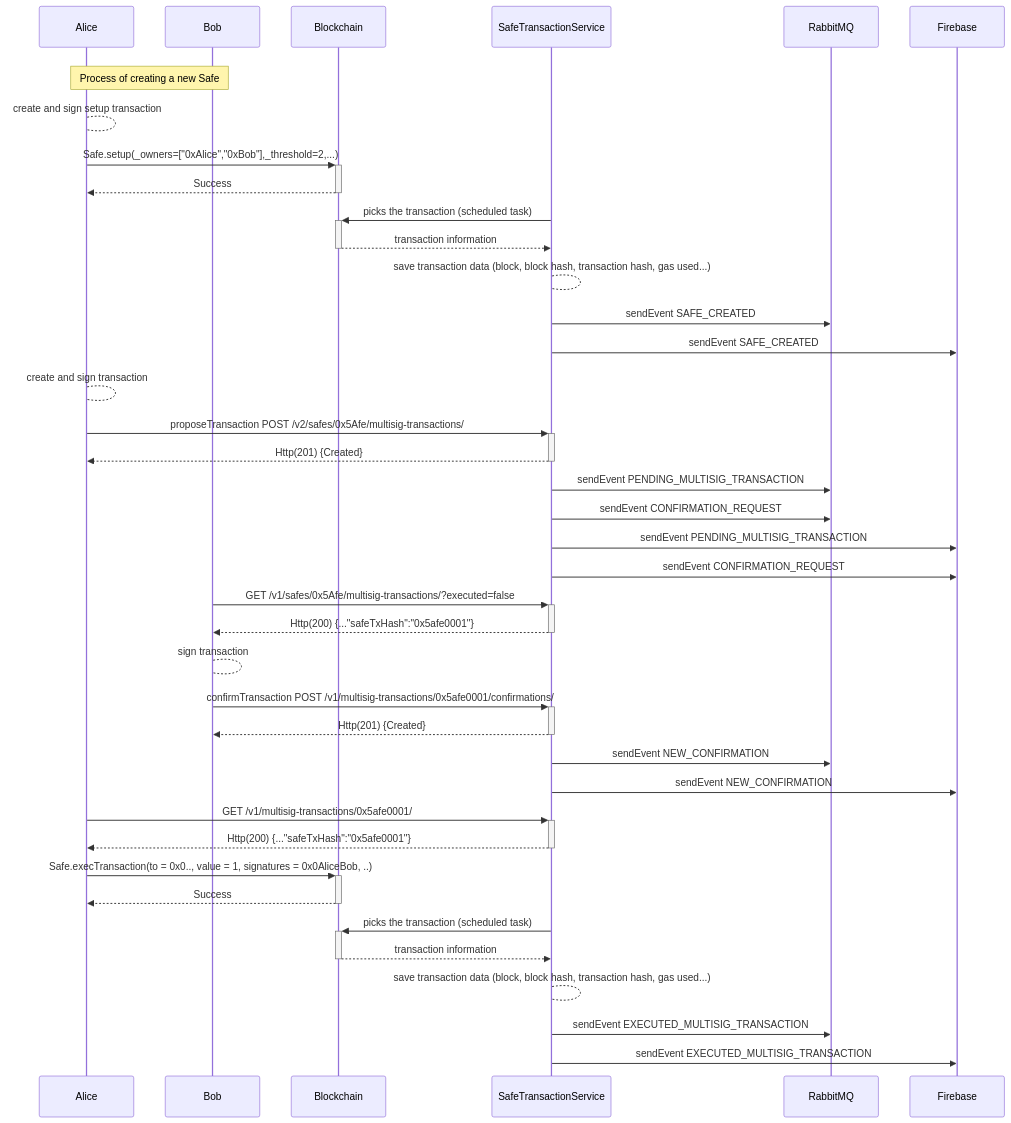
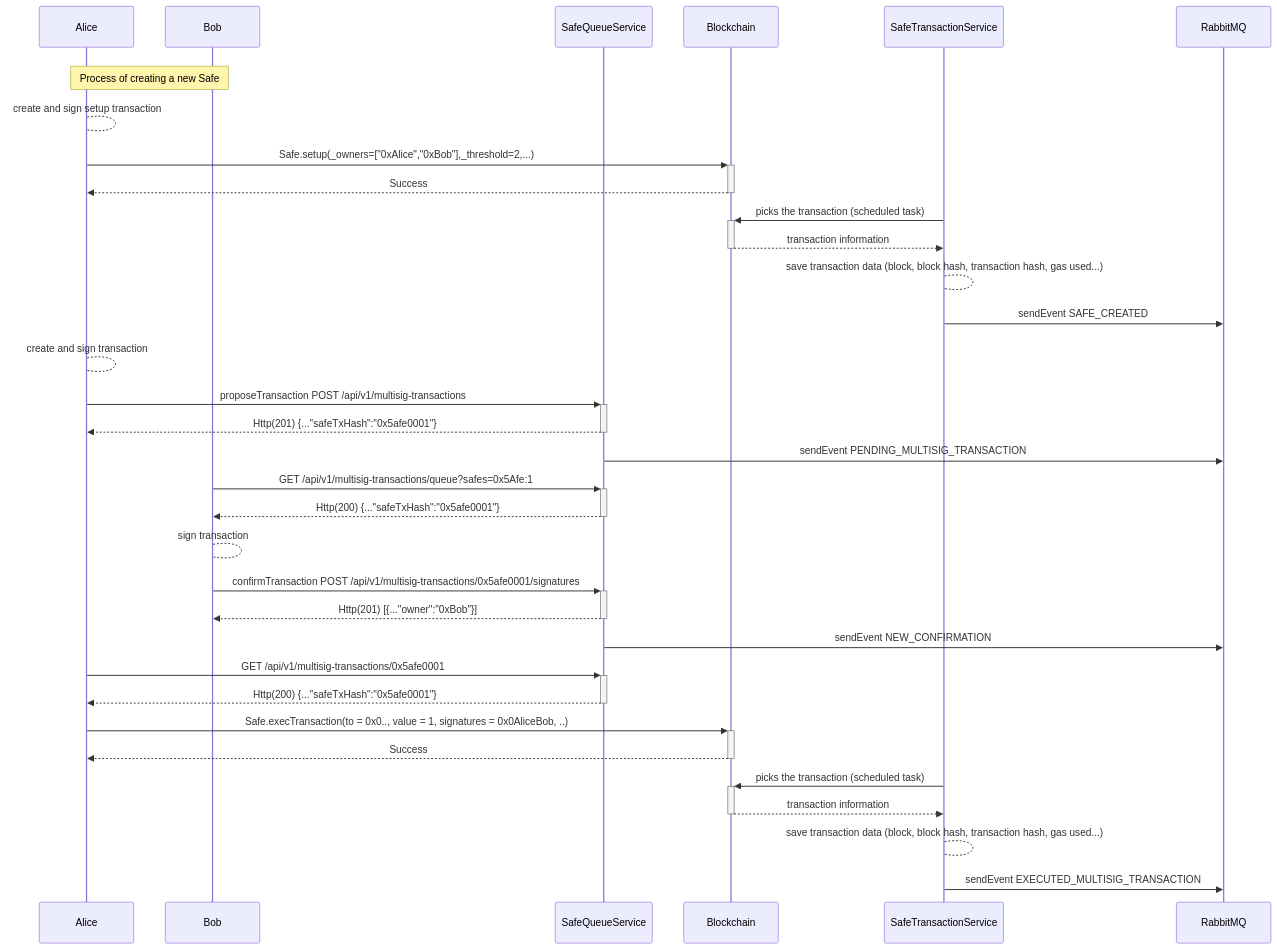
Before and after one commit to safe-global/safe-docs: the first of 2 diagrams in pages/core-api/api-safe-transaction-service.mdx, drawn with Mermaid. The commit also changed other lines of this file and 721 other files, not shown here.

First line of the commit message:
feat: add Safe Queue Service API reference (#949)

````diff
--- a/pages/core-api/api-safe-transaction-service.mdx
+++ b/pages/core-api/api-safe-transaction-service.mdx
@@ -79,40 +79,35 @@
 ``` mermaid
 sequenceDiagram
     participant A as Alice
     participant B as Bob
+    participant SafeQueueService
     participant Blockchain
     rect rgba(255,255,255,.1)
     Note over A,B: Process of creating a new Safe 
     A-->A: create and sign setup transaction
     A->>+Blockchain: Safe.setup(_owners=["0xAlice","0xBob"],_threshold=2,...)
     Blockchain-->>-A: Success
     SafeTransactionService->>+Blockchain: picks the transaction (scheduled task)
     Blockchain-->>-SafeTransactionService: transaction information
     SafeTransactionService-->SafeTransactionService: save transaction data (block, block hash, transaction hash, gas used...)
     SafeTransactionService->>RabbitMQ: sendEvent SAFE_CREATED
-    SafeTransactionService->>Firebase: sendEvent SAFE_CREATED
     end
     A-->A: create and sign transaction
-    A->>+SafeTransactionService: proposeTransaction POST /v2/safes/0x5Afe/multisig-transactions/
-    SafeTransactionService-->>-A: Http(201) {Created}
-    SafeTransactionService->>RabbitMQ: sendEvent PENDING_MULTISIG_TRANSACTION
-    SafeTransactionService->>RabbitMQ: sendEvent CONFIRMATION_REQUEST
-    SafeTransactionService->>Firebase: sendEvent PENDING_MULTISIG_TRANSACTION
-    SafeTransactionService->>Firebase: sendEvent CONFIRMATION_REQUEST
-    B->>+SafeTransactionService: GET /v1/safes/0x5Afe/multisig-transactions/?executed=false
-    SafeTransactionService-->>-B: Http(200) {..."safeTxHash":"0x5afe0001"}
+    A->>+SafeQueueService: proposeTransaction POST /api/v1/multisig-transactions
+    SafeQueueService-->>-A: Http(201) {..."safeTxHash":"0x5afe0001"}
+    SafeQueueService->>RabbitMQ: sendEvent PENDING_MULTISIG_TRANSACTION
+    B->>+SafeQueueService: GET /api/v1/multisig-transactions/queue?safes=0x5Afe:1
+    SafeQueueService-->>-B: Http(200) {..."safeTxHash":"0x5afe0001"}
     B-->B: sign transaction
-    B->>+SafeTransactionService: confirmTransaction POST /v1/multisig-transactions/0x5afe0001/confirmations/
-    SafeTransactionService-->>-B: Http(201) {Created}
-    SafeTransactionService->>RabbitMQ: sendEvent NEW_CONFIRMATION
-    SafeTransactionService->>Firebase: sendEvent NEW_CONFIRMATION
-    A->>+SafeTransactionService: GET /v1/multisig-transactions/0x5afe0001/
-    SafeTransactionService-->>-A: Http(200) {..."safeTxHash":"0x5afe0001"}
+    B->>+SafeQueueService: confirmTransaction POST /api/v1/multisig-transactions/0x5afe0001/signatures
+    SafeQueueService-->>-B: Http(201) [{..."owner":"0xBob"}]
+    SafeQueueService->>RabbitMQ: sendEvent NEW_CONFIRMATION
+    A->>+SafeQueueService: GET /api/v1/multisig-transactions/0x5afe0001
+    SafeQueueService-->>-A: Http(200) {..."safeTxHash":"0x5afe0001"}
     A->>+Blockchain: Safe.execTransaction(to = 0x0.., value = 1, signatures = 0x0AliceBob, ..)
     Blockchain-->>-A: Success
     SafeTransactionService->>+Blockchain: picks the transaction (scheduled task)
     Blockchain-->>-SafeTransactionService: transaction information
     SafeTransactionService-->SafeTransactionService: save transaction data (block, block hash, transaction hash, gas used...)
     SafeTransactionService->>RabbitMQ: sendEvent EXECUTED_MULTISIG_TRANSACTION
-    SafeTransactionService->>Firebase: sendEvent EXECUTED_MULTISIG_TRANSACTION
 ```
````
